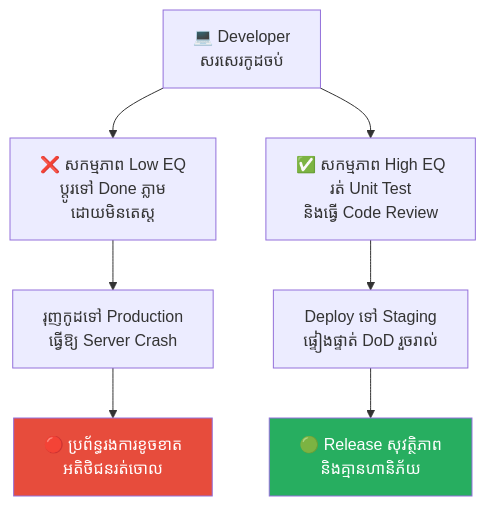
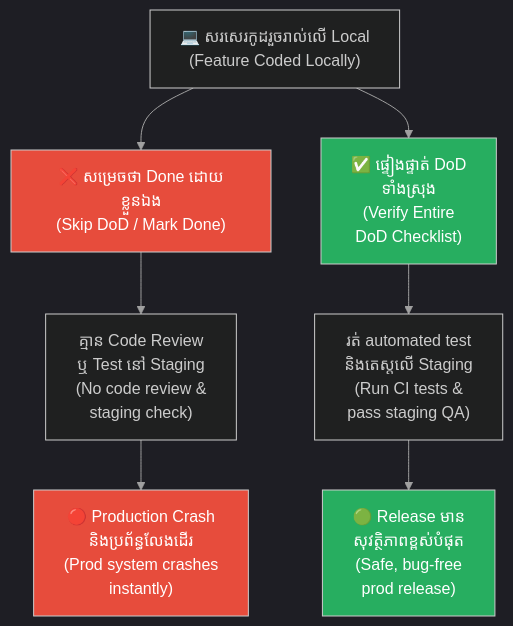
One commit to GuideStack/iblogger-feeds changed the third of 6 diagrams in feeds/concepts/articles/11-dor-and-dod-scrum-contracts.md. Above: the diagram before and after it, drawn with Mermaid. The commit also changed other lines of this file, not shown here.

Commit message:
docs: upgrade 11-dor-and-dod-scrum-contracts.md to bilingual layout and styled diagrams

````diff
--- a/feeds/concepts/articles/11-dor-and-dod-scrum-contracts.md
+++ b/feeds/concepts/articles/11-dor-and-dod-scrum-contracts.md
@@ -112,14 +170,25 @@
 ```mermaid
+%%{init: {
+  'theme': 'dark',
+  'themeVariables': {
+    'background': '#1e1e1e',
+    'primaryTextColor': '#ffffff',
+    'lineColor': '#a0a0a0'
+  },
+  'themeCSS': 'svg { background-color: #1e1e1e !important; padding: 1rem !important; border-radius: 8px !important; } .edgeLabel rect { fill: #1e1e1e !important; } text, tspan { fill: #ffffff !important; }'
+}}%%
 graph TD
-    A["💻 Developer<br/>សរសេរកូដចប់"] --> B["❌ សកម្មភាព Low EQ<br/>ប្តូរទៅ Done ភ្លាម<br/>ដោយមិនតេស្ត"]
-    A --> C["✅ សកម្មភាព High EQ<br/>រត់ Unit Test<br/>និងធ្វើ Code Review"]
-    
-    B --> D["រុញកូដទៅ Production<br/>ធ្វើឱ្យ Server Crash"]
-    D --> E["🔴 ប្រព័ន្ធរងការខូចខាត<br/>អតិថិជនរត់ចោល"]
-    
-    C --> F["Deploy ទៅ Staging<br/>ផ្ទៀងផ្ទាត់ DoD រួចរាល់"]
-    F --> G["🟢 Release សុវត្ថិភាព<br/>និងគ្មានហានិភ័យ"]
+    A["💻 សរសេរកូដរួចរាល់លើ Local<br/>(Feature Coded Locally)"] --> B1["❌ សម្រេចថា Done ដោយខ្លួនឯង<br/>(Skip DoD / Mark Done)"]
+    A --> B2["✅ ផ្ទៀងផ្ទាត់ DoD<br/>ទាំងស្រុង<br/>(Verify Entire<br/>DoD Checklist)"]
 
-    style E fill:#e74c3c,color:#fff
-    style G fill:#27ae60,color:#fff
+    B1 --> C1["គ្មាន Code Review<br/>ឬ Test នៅ Staging<br/>(No code review &<br/>staging check)"]
+    C1 --> D1["🔴 Production Crash<br/>និងប្រព័ន្ធលែងដើរ<br/>(Prod system crashes<br/>instantly)"]
+
+    B2 --> C2["រត់ automated test<br/>និងតេស្តលើ Staging<br/>(Run CI tests &<br/>pass staging QA)"]
+    C2 --> D2["🟢 Release មាន<br/>សុវត្ថិភាពខ្ពស់បំផុត<br/>(Safe, bug-free<br/>prod release)"]
+
+    style B1 fill:#e74c3c,color:#fff
+    style B2 fill:#27ae60,color:#fff
+    style D1 fill:#e74c3c,color:#fff
+    style D2 fill:#27ae60,color:#fff
 ```
````
